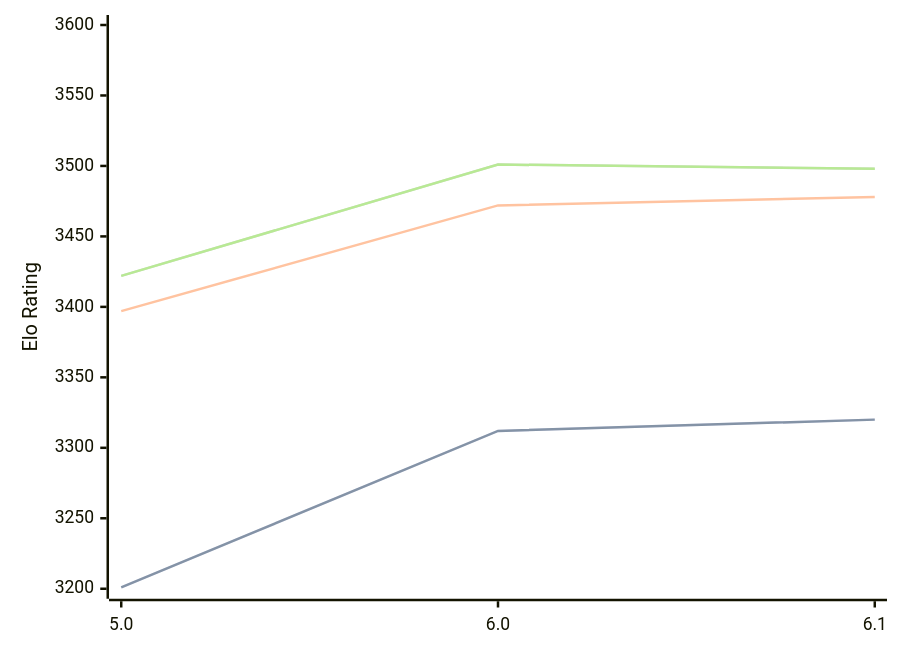
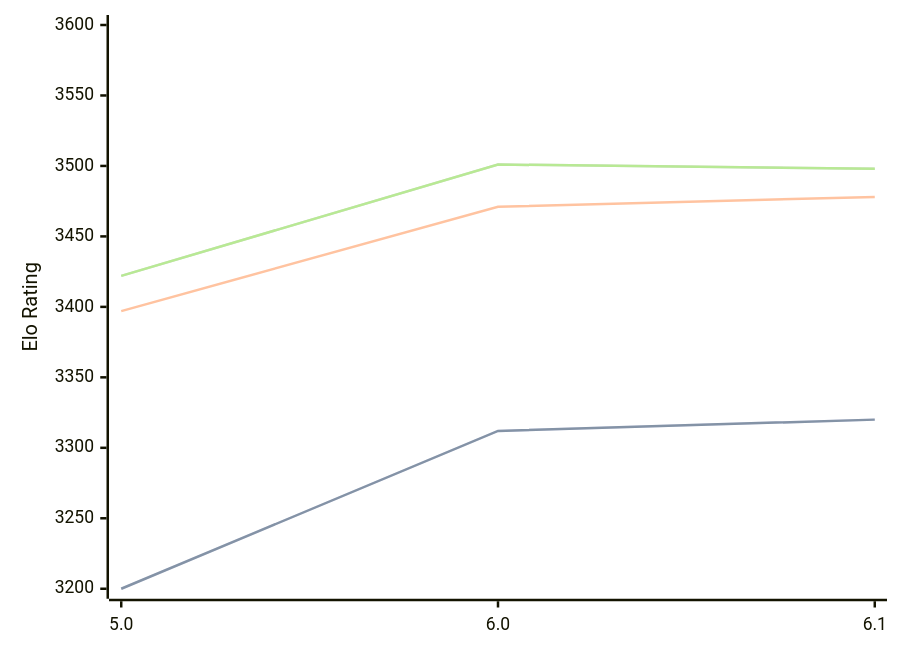
The third of 3 diagrams in engines/Starzix.md (computer-chess-index/cci), drawn with Mermaid before and after one commit. The commit also changed other lines of this file, not shown here.

````diff
--- a/engines/Starzix.md
+++ b/engines/Starzix.md
@@ -70,11 +70,11 @@
 ```mermaid
 %%{init: {"theme":"base","themeVariables":{"seriesColors:['#a3a3a3','#222221','#faa371']}}}%%
 xychart-beta
   x-axis ["5.0", "6.0", "6.1"]
   y-axis "Elo Rating" 3200 --> 3600
-  line "STC (8.0+0.08s)" [3201, 3312, 3320]
-  line "STC (8.0+0.08s)" [3201, 3312, 3320]
-  line "LTC (60.0+0.60s)" [3397, 3472, 3478]
+  line "STC (8.0+0.08s)" [3200, 3312, 3320]
+  line "STC (8.0+0.08s)" [3200, 3312, 3320]
+  line "LTC (60.0+0.60s)" [3397, 3471, 3478]
   line "VLTC (2m24s+1.12s)" [3422, 3501, 3498]
   line "VLTC (2m24s+1.12s)" [3422, 3501, 3498]
 ```
````
